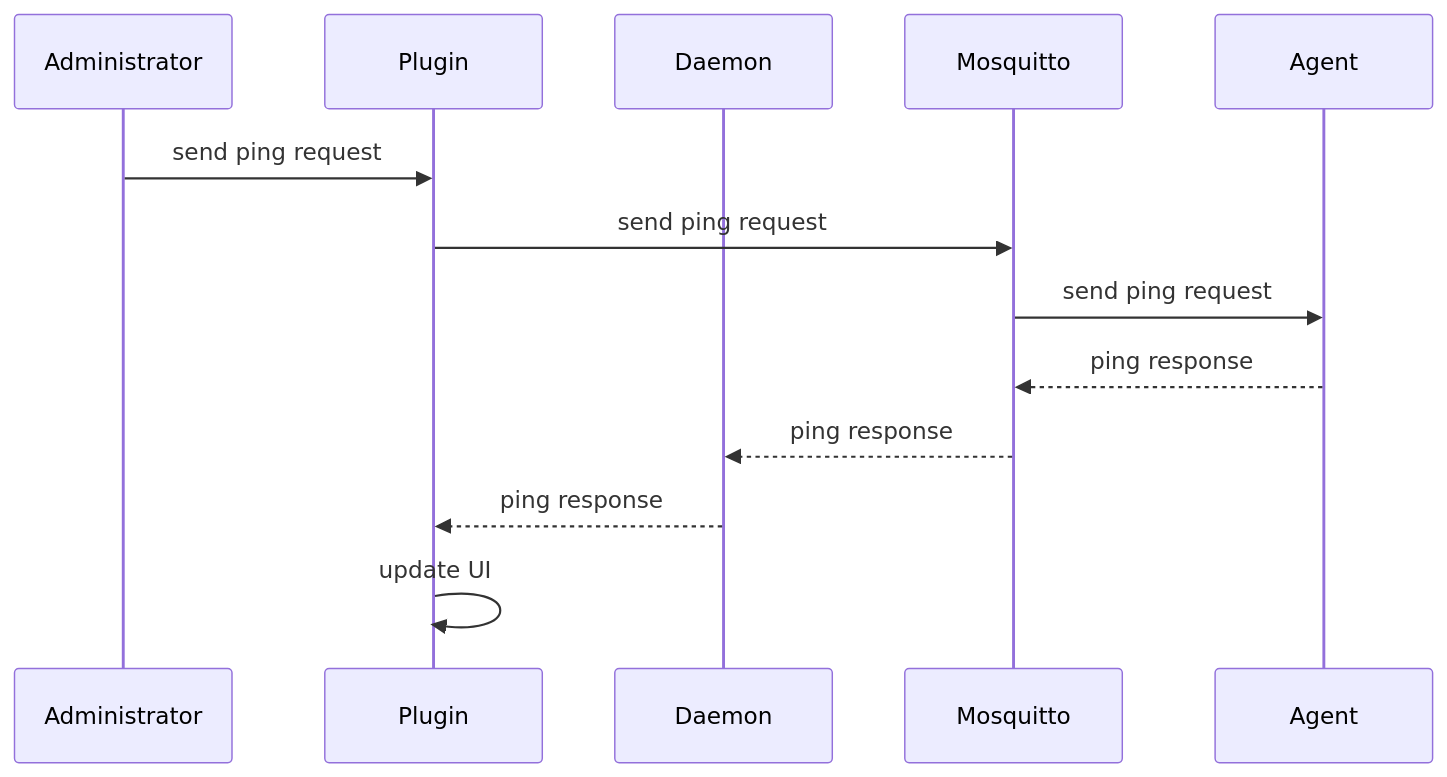
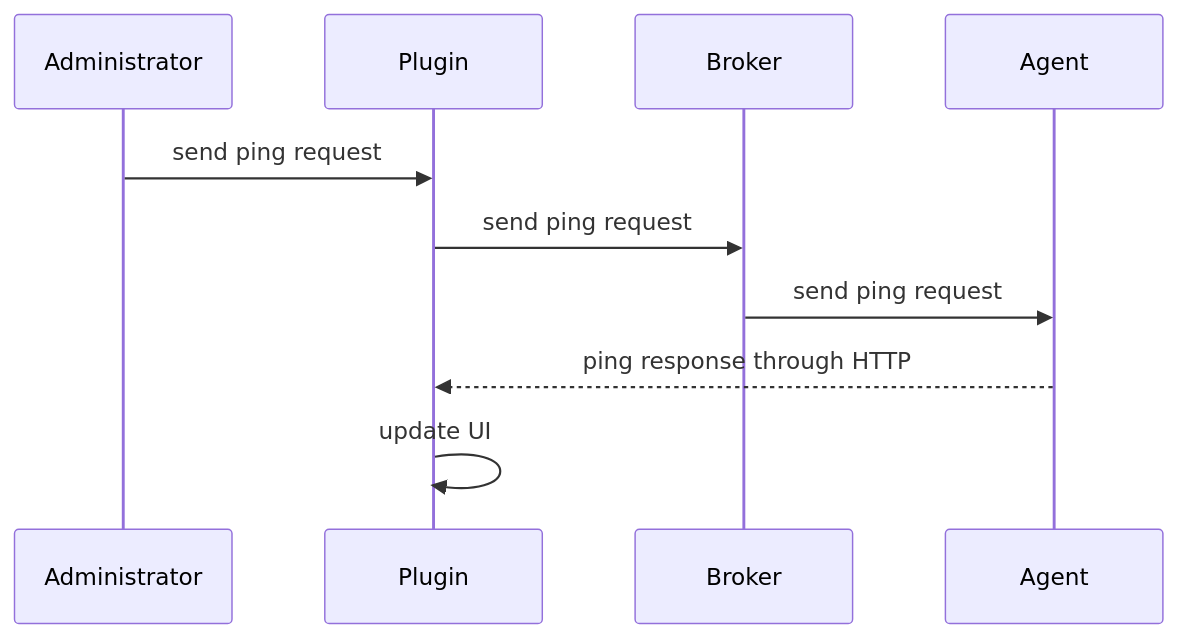
The eighth of 14 diagrams in source/contribute/diagrams.rst (flyve-mdm/doc), drawn with Mermaid before and after one commit. The commit also changed other lines of this file, not shown here.

First line of the commit message:
docs(uml): add fcm diagrams

```diff
--- a/source/contribute/diagrams.rst
+++ b/source/contribute/diagrams.rst
@@ -126,15 +179,12 @@
 .. mermaid::
 
    sequenceDiagram
     participant A as Administrator
     participant P as Plugin
-    participant D as Daemon
-    participant M as Mosquitto
+    participant B as Broker
     participant Ag as Agent
     A->>P: send ping request
-    P->>M: send ping request
-    M->>Ag: send ping request
-    Ag-->>M: ping response
-    M-->>D: ping response
-    D-->>P: ping response
+    P->>B: send ping request
+    B->>Ag: send ping request
+    Ag-->>P: ping response through HTTP
     P->>P: update UI
```
